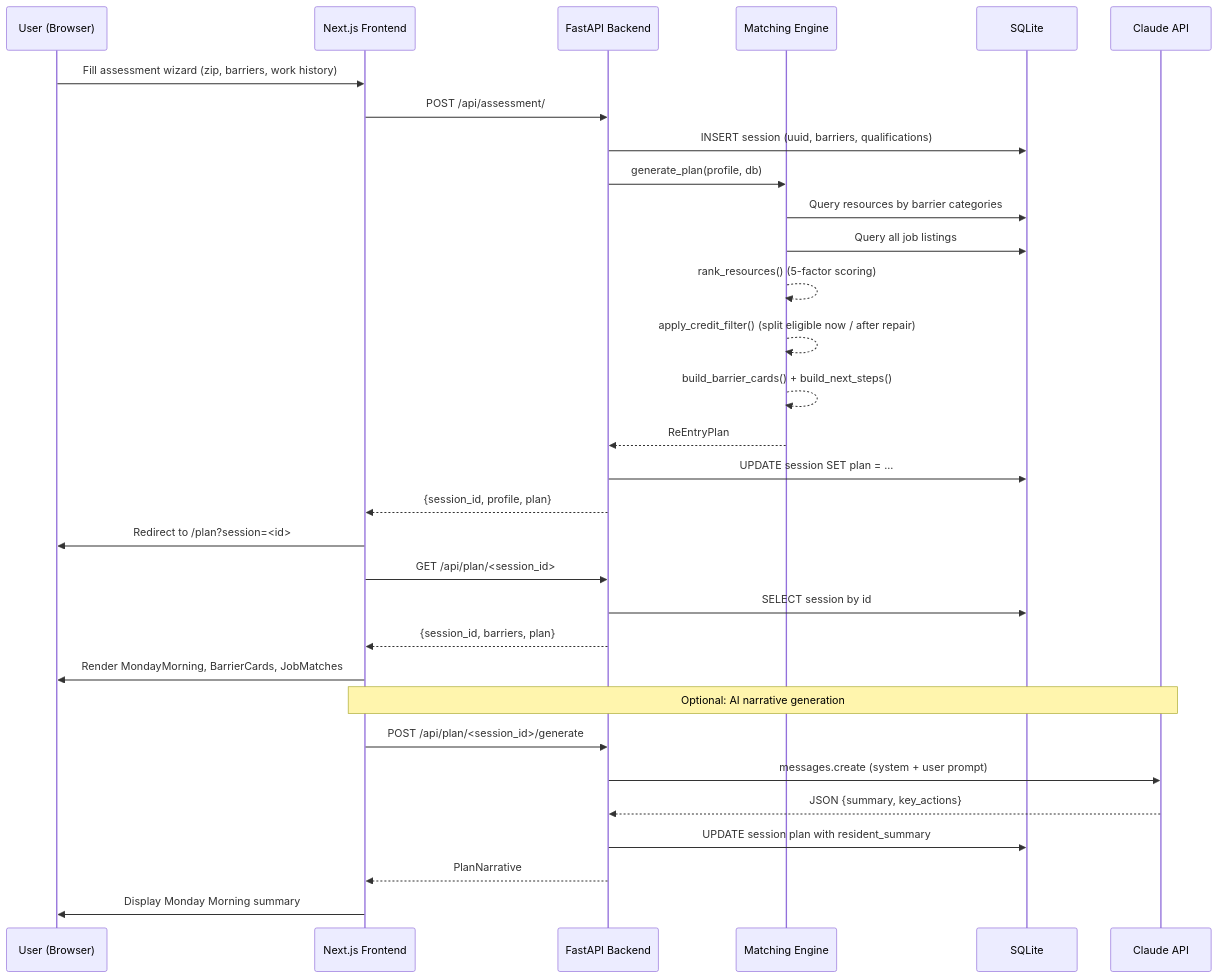
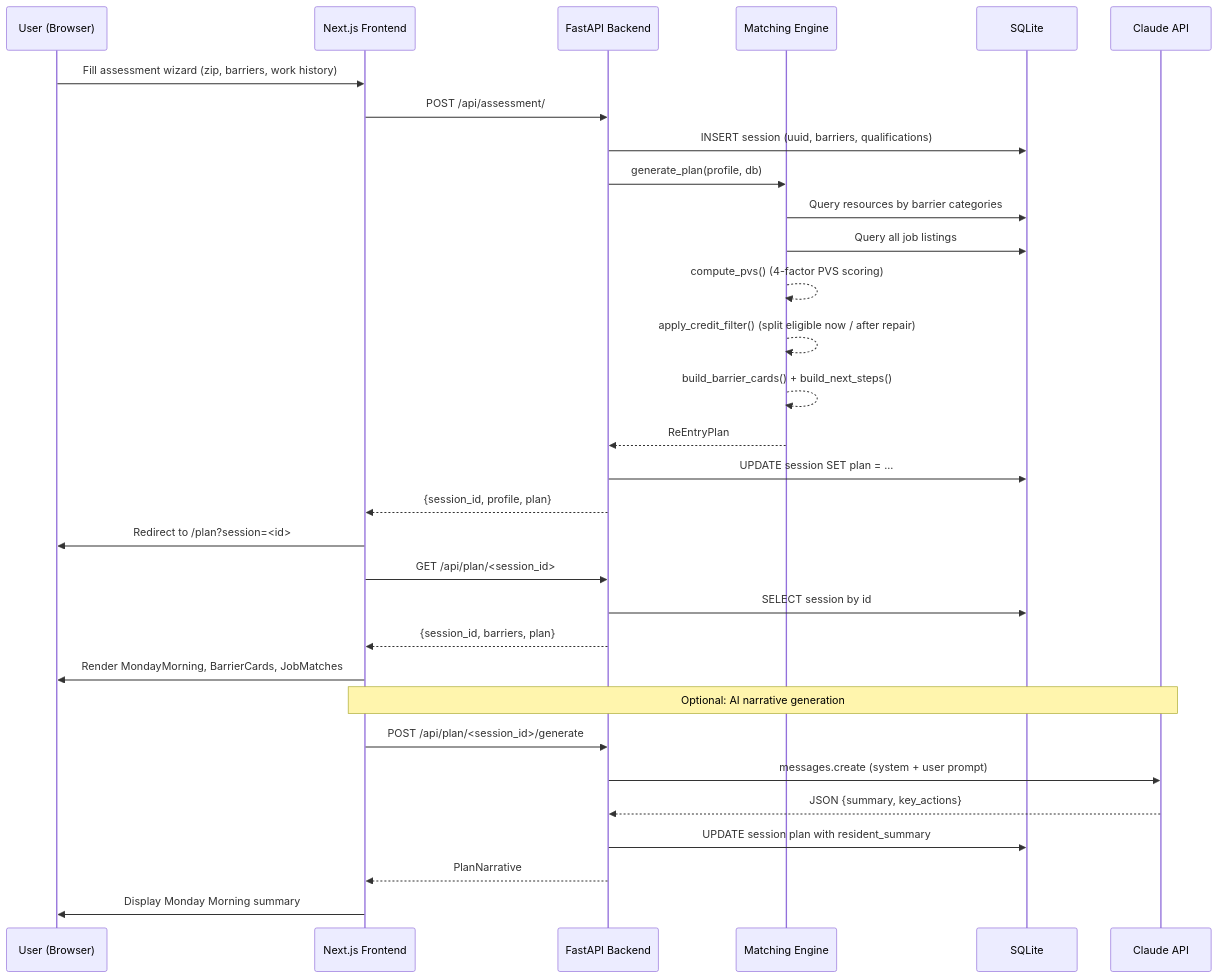
The second of 3 diagrams in docs/architecture.md (fivedollarfridays/montgowork), drawn with Mermaid before and after one commit. The commit also changed other lines of this file and 4 other files, not shown here.

````diff
--- a/docs/architecture.md
+++ b/docs/architecture.md
@@ -64,36 +77,36 @@
 ```mermaid
 sequenceDiagram
     participant U as User (Browser)
     participant FE as Next.js Frontend
     participant API as FastAPI Backend
     participant ME as Matching Engine
     participant DB as SQLite
     participant Claude as Claude API
 
     U->>FE: Fill assessment wizard (zip, barriers, work history)
     FE->>API: POST /api/assessment/
     API->>DB: INSERT session (uuid, barriers, qualifications)
     API->>ME: generate_plan(profile, db)
     ME->>DB: Query resources by barrier categories
     ME->>DB: Query all job listings
-    ME-->>ME: rank_resources() (5-factor scoring)
+    ME-->>ME: compute_pvs() (4-factor PVS scoring)
     ME-->>ME: apply_credit_filter() (split eligible now / after repair)
     ME-->>ME: build_barrier_cards() + build_next_steps()
     ME-->>API: ReEntryPlan
     API->>DB: UPDATE session SET plan = ...
     API-->>FE: {session_id, profile, plan}
     FE->>U: Redirect to /plan?session=<id>
 
     FE->>API: GET /api/plan/<session_id>
     API->>DB: SELECT session by id
     API-->>FE: {session_id, barriers, plan}
     FE->>U: Render MondayMorning, BarrierCards, JobMatches
 
     Note over FE,Claude: Optional: AI narrative generation
     FE->>API: POST /api/plan/<session_id>/generate
     API->>Claude: messages.create (system + user prompt)
     Claude-->>API: JSON {summary, key_actions}
     API->>DB: UPDATE session plan with resident_summary
     API-->>FE: PlanNarrative
     FE->>U: Display Monday Morning summary
 ```
````
